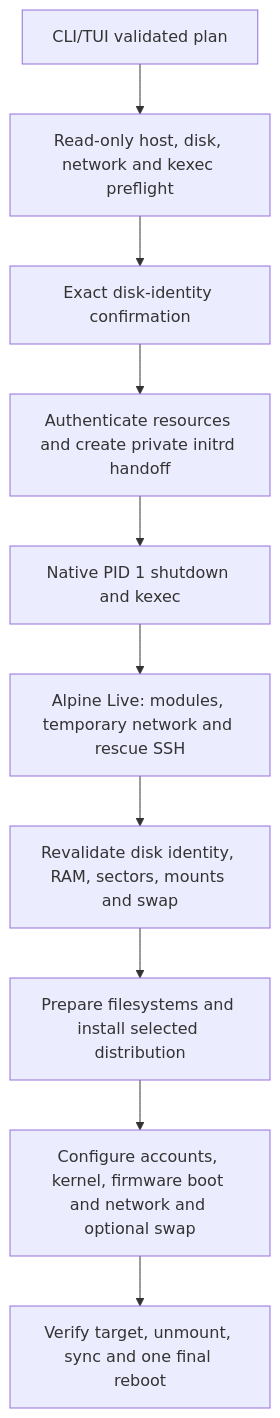
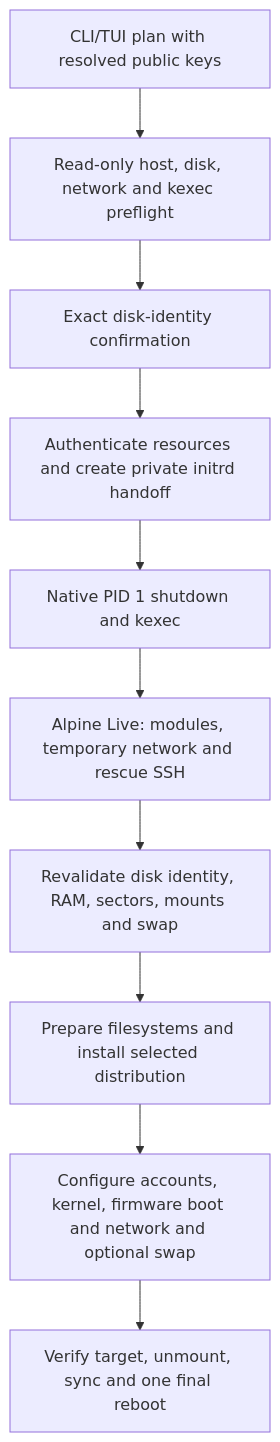
The diagram in docs/ARCHITECTURE.md (Clementine-Miles/rustaller), drawn with Mermaid before and after one commit. The commit also changed other lines of this file and 8 other files, not shown here.

````diff
--- a/docs/ARCHITECTURE.md
+++ b/docs/ARCHITECTURE.md
@@ -27,12 +27,12 @@
 ```mermaid
 flowchart TD
-    A[CLI/TUI validated plan] --> B[Read-only host, disk, network and kexec preflight]
+    A[CLI/TUI plan with resolved public keys] --> B[Read-only host, disk, network and kexec preflight]
     B --> C[Exact disk-identity confirmation]
     C --> D[Authenticate resources and create private initrd handoff]
     D --> E[Native PID 1 shutdown and kexec]
     E --> F[Alpine Live: modules, temporary network and rescue SSH]
     F --> G[Revalidate disk identity, RAM, sectors, mounts and swap]
     G --> H[Prepare filesystems and install selected distribution]
     H --> I[Configure accounts, kernel, firmware boot and network and optional swap]
     I --> J[Verify target, unmount, sync and one final reboot]
 ```
````
